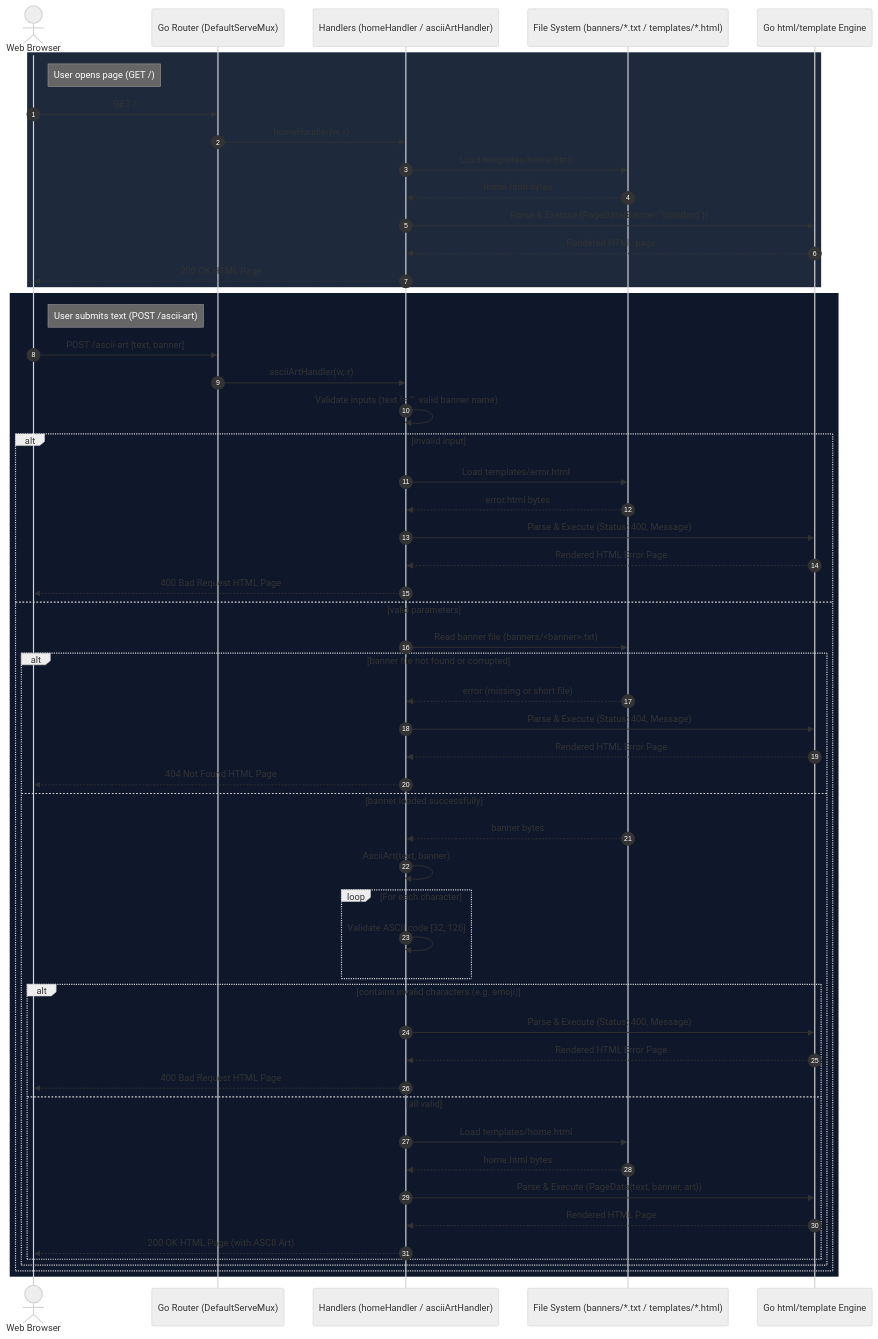
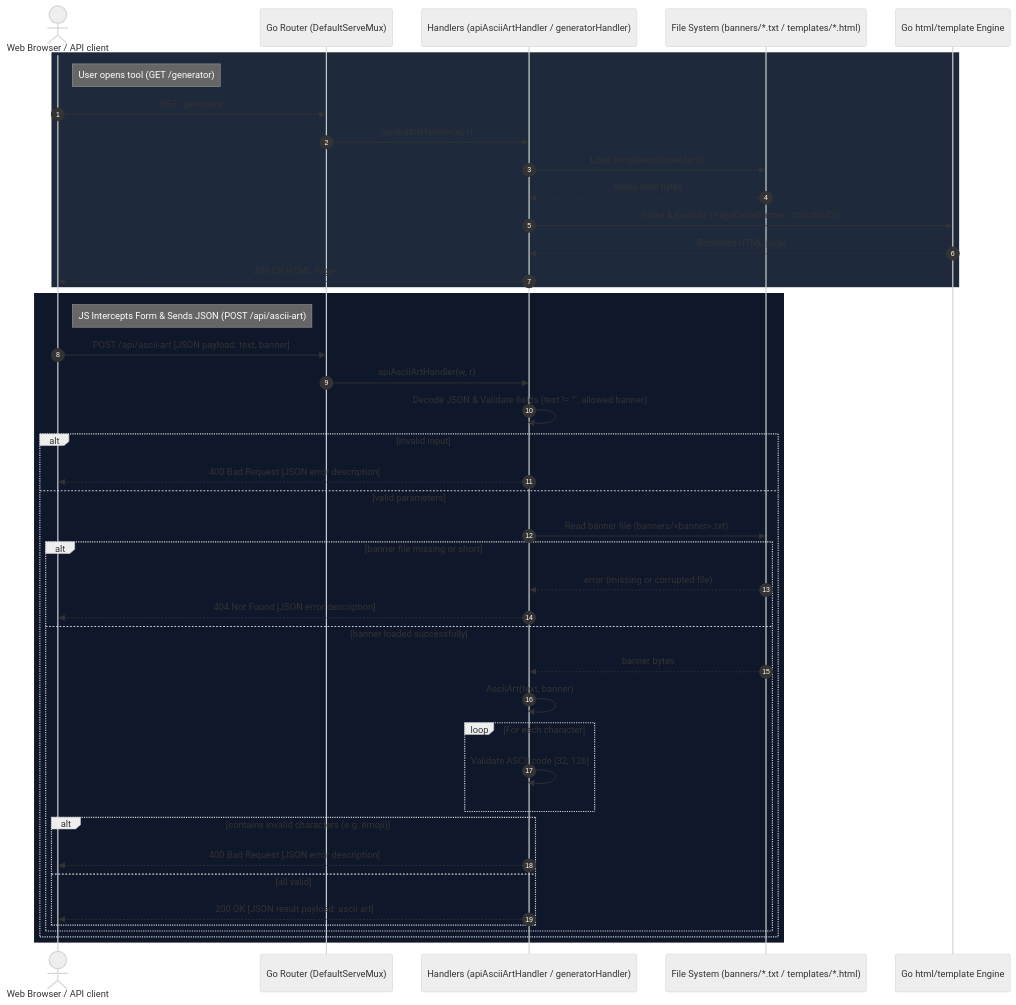
The second of 2 diagrams in walkthrough.md (jezreal-dev/ascii-art-web-generator), drawn with Mermaid (neutral theme) before and after one commit. The commit also changed other lines of this file and 1 other file, not shown here.

Commit message:
style: convert all plain text links to clickable button chips

````diff
--- a/walkthrough.md
+++ b/walkthrough.md
@@ -72,59 +78,47 @@
 ```mermaid
 sequenceDiagram
     autonumber
-    actor Client as Web Browser
+    actor Client as Web Browser / API client
     participant Router as Go Router (DefaultServeMux)
-    participant Handler as Handlers (homeHandler / asciiArtHandler)
+    participant Handler as Handlers (apiAsciiArtHandler / generatorHandler)
     participant FS as File System (banners/*.txt / templates/*.html)
     participant Template as Go html/template Engine
 
     rect rgb(30, 41, 59)
-        note right of Client: User opens page (GET /)
-        Client->>Router: GET /
-        Router->>Handler: homeHandler(w, r)
+        note right of Client: User opens tool (GET /generator)
+        Client->>Router: GET /generator
+        Router->>Handler: generatorHandler(w, r)
         Handler->>FS: Load templates/home.html
         FS-->>Handler: home.html bytes
         Handler->>Template: Parse & Execute (PageData{Banner: "standard"})
         Template-->>Handler: Rendered HTML page
         Handler-->>Client: 200 OK HTML Page
     end
 
     rect rgb(15, 23, 42)
-        note right of Client: User submits text (POST /ascii-art)
-        Client->>Router: POST /ascii-art [text, banner]
-        Router->>Handler: asciiArtHandler(w, r)
-        Handler->>Handler: Validate inputs (text != "", valid banner name)
+        note right of Client: JS Intercepts Form & Sends JSON (POST /api/ascii-art)
+        Client->>Router: POST /api/ascii-art [JSON payload: text, banner]
+        Router->>Handler: apiAsciiArtHandler(w, r)
+        Handler->>Handler: Decode JSON & Validate fields (text != "", allowed banner)
         alt invalid input
-            Handler->>FS: Load templates/error.html
-            FS-->>Handler: error.html bytes
-            Handler->>Template: Parse & Execute (Status: 400, Message)
-            Template-->>Handler: Rendered HTML Error Page
-            Handler-->>Client: 400 Bad Request HTML Page
+            Handler-->>Client: 400 Bad Request [JSON error description]
         else valid parameters
             Handler->>FS: Read banner file (banners/<banner>.txt)
-            alt banner file not found or corrupted
-                FS-->>Handler: error (missing or short file)
-                Handler->>Template: Parse & Execute (Status: 404, Message)
-                Template-->>Handler: Rendered HTML Error Page
-                Handler-->>Client: 404 Not Found HTML Page
+            alt banner file missing or short
+                FS-->>Handler: error (missing or corrupted file)
+                Handler-->>Client: 404 Not Found [JSON error description]
             else banner loaded successfully
                 FS-->>Handler: banner bytes
                 Handler->>Handler: AsciiArt(text, banner)
                 loop For each character
                     Handler->>Handler: Validate ASCII code [32, 126]
                 end
                 alt contains invalid characters (e.g. emoji)
-                    Handler->>Template: Parse & Execute (Status: 400, Message)
-                    Template-->>Handler: Rendered HTML Error Page
-                    Handler-->>Client: 400 Bad Request HTML Page
+                    Handler-->>Client: 400 Bad Request [JSON error description]
                 else all valid
-                    Handler->>FS: Load templates/home.html
-                    FS-->>Handler: home.html bytes
-                    Handler->>Template: Parse & Execute (PageData{text, banner, art})
-                    Template-->>Handler: Rendered HTML Page
-                    Handler-->>Client: 200 OK HTML Page (with ASCII Art)
+                    Handler-->>Client: 200 OK [JSON result payload: ascii art]
                 end
             end
         end
     end
 ```
````
